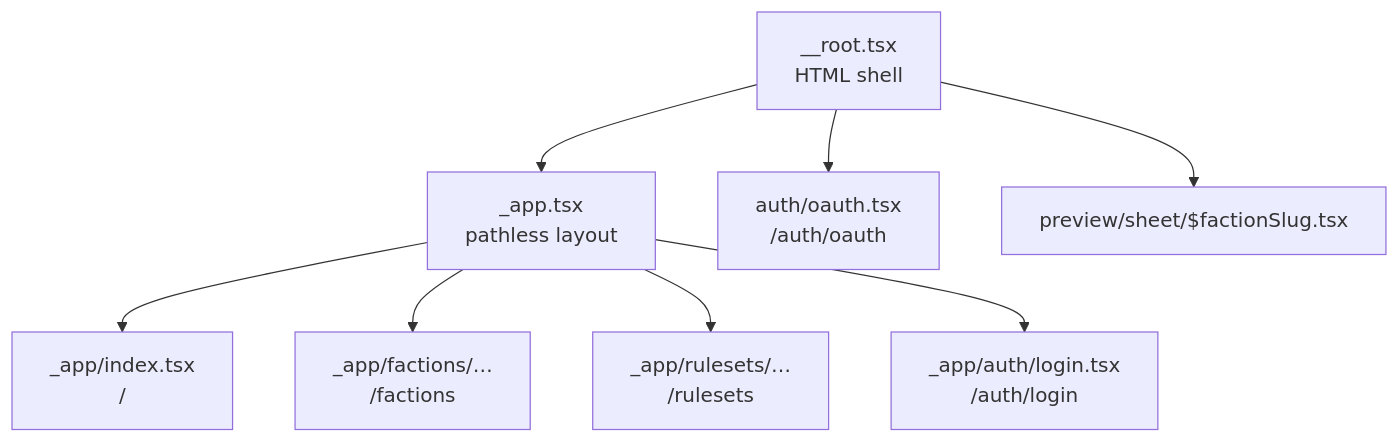
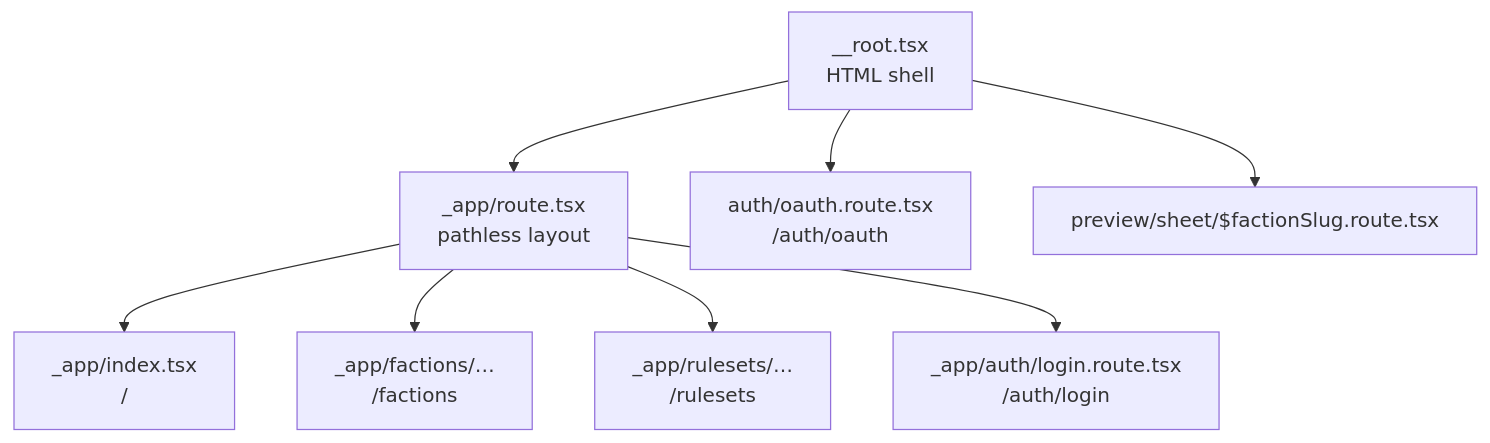
Before and after one commit to ndelangen/dunezone: the diagram in docs/routing.md, drawn with Mermaid. The commit also changed other lines of this file and 7 other files, not shown here.

````diff
--- a/docs/routing.md
+++ b/docs/routing.md
@@ -5,10 +5,10 @@
 ```mermaid
 graph TD
-    Root[__root.tsx<br/>HTML shell] --> App[_app.tsx<br/>pathless layout]
-    Root --> OAuth[auth/oauth.tsx<br/>/auth/oauth]
-    Root --> Sheet[preview/sheet/$factionSlug.tsx]
+    Root[__root.tsx<br/>HTML shell] --> App[_app/route.tsx<br/>pathless layout]
+    Root --> OAuth[auth/oauth.route.tsx<br/>/auth/oauth]
+    Root --> Sheet[preview/sheet/$factionSlug.route.tsx]
     App --> Index[_app/index.tsx<br/>/]
     App --> Factions[_app/factions/…<br/>/factions]
     App --> Rulesets[_app/rulesets/…<br/>/rulesets]
-    App --> Auth[_app/auth/login.tsx<br/>/auth/login]
+    App --> Auth[_app/auth/login.route.tsx<br/>/auth/login]
 ```
````
